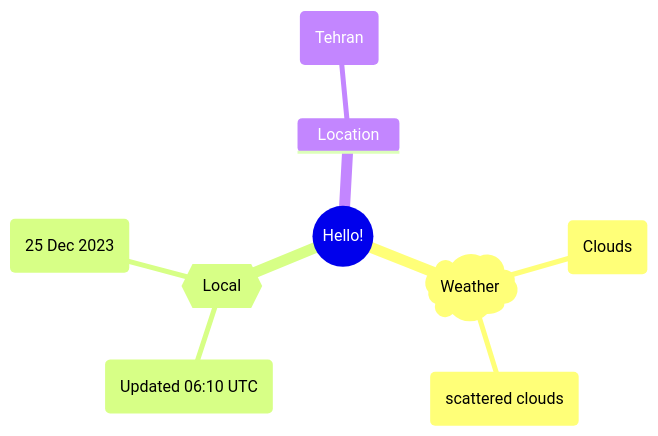
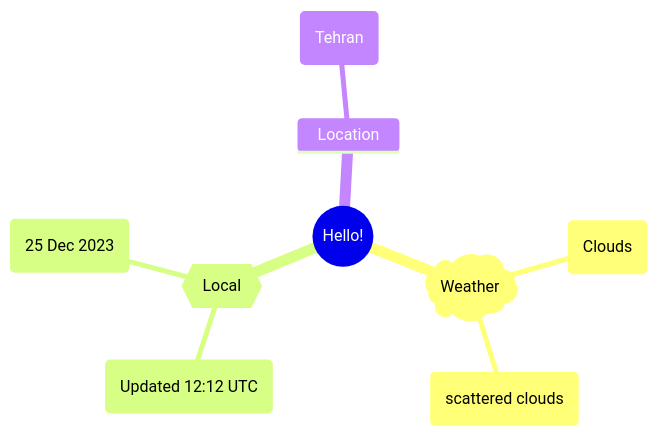
Before and after one commit to Xosrov/Xosrov: the first of 2 diagrams in README.md, drawn with Mermaid.

Commit message:
[bot] updated images

````diff
--- a/README.md
+++ b/README.md
@@ -3,12 +3,12 @@
 ```mermaid
 mindmap
   root((Hello!))
     )Weather(
         (Clouds)
         (scattered clouds)
     {{Local}}
-        (Updated 06:10 UTC)
+        (Updated 12:12 UTC)
         (25 Dec 2023)
     Location
         (Tehran)
 ```
````
